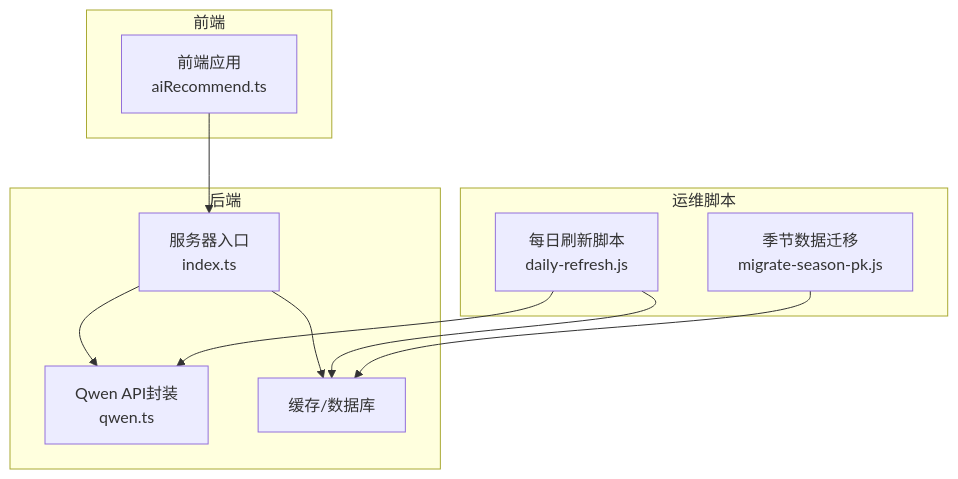
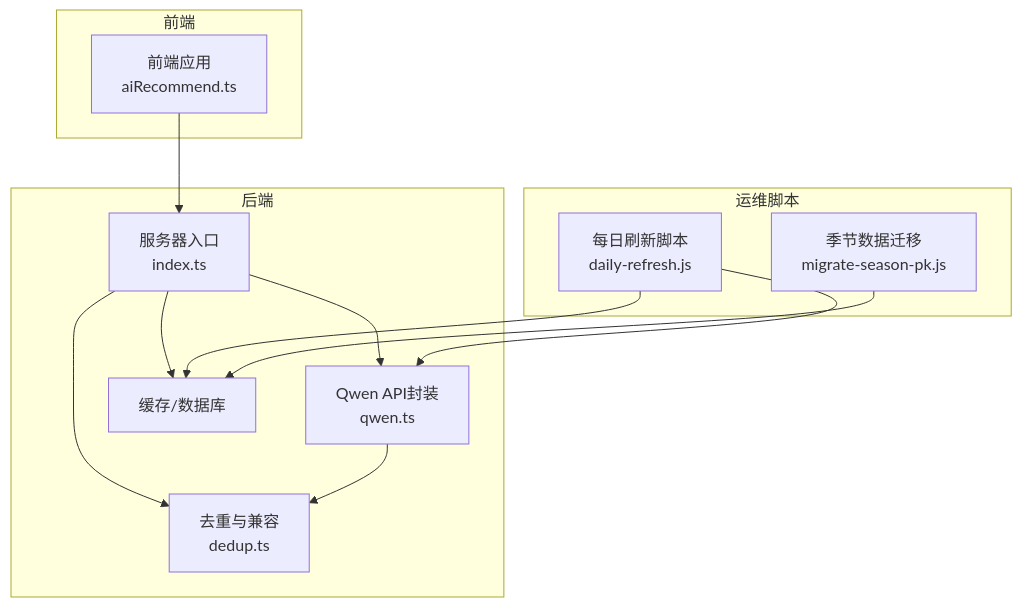
One commit to ititjjy/AITrip-plan changed the first of 7 diagrams in .qoder/repowiki/zh/content/后端API架构/API端点设计/POI数据接口.md. Above: the diagram before and after it, drawn with Mermaid. The commit also changed other lines of this file and 144 other files, not shown here.

````diff
--- a/.qoder/repowiki/zh/content/后端API架构/API端点设计/POI数据接口.md
+++ b/.qoder/repowiki/zh/content/后端API架构/API端点设计/POI数据接口.md
@@ -38,21 +46,24 @@
 ```mermaid
 graph TB
 subgraph "前端"
 FE["前端应用<br/>aiRecommend.ts"]
 end
 subgraph "后端"
 SRV["服务器入口<br/>index.ts"]
 QWEN["Qwen API封装<br/>qwen.ts"]
 DB["缓存/数据库"]
+DEDUP["去重与兼容<br/>dedup.ts"]
 end
 subgraph "运维脚本"
 DAILY["每日刷新脚本<br/>daily-refresh.js"]
 MIGRATE["季节数据迁移<br/>migrate-season-pk.js"]
 end
 FE --> SRV
 SRV --> DB
 SRV --> QWEN
+SRV --> DEDUP
+QWEN --> DEDUP
 DAILY --> QWEN
 DAILY --> DB
 MIGRATE --> DB
 ```
````
